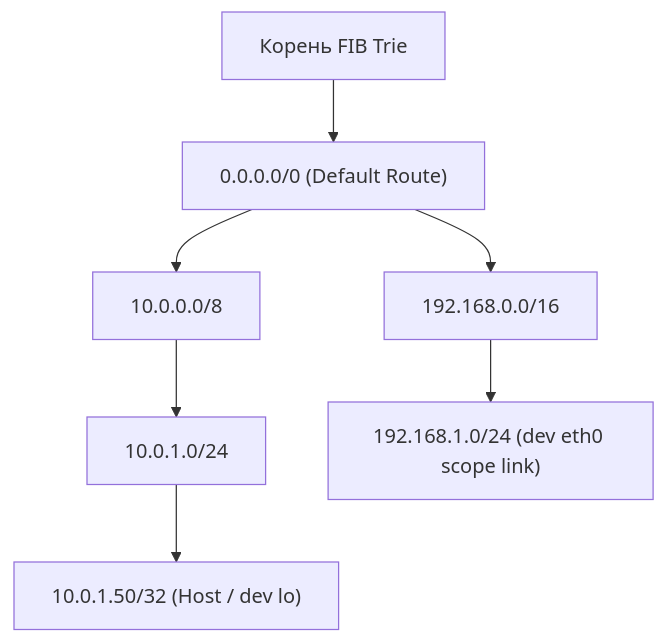
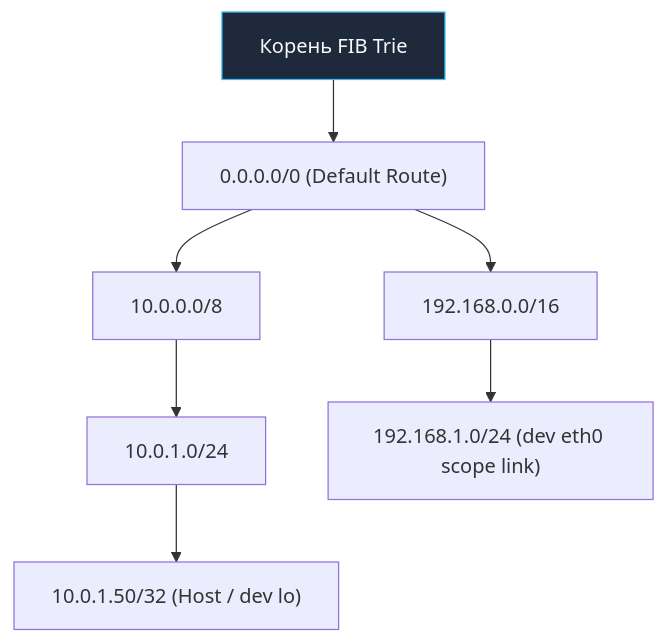
The fourth of 5 diagrams in sources/3. Компьютерные сети и сетевой стек/6. Маршрутизация. Таблица маршрутов, шлюзы и default route.md (UnrealTemplier/go-textbook), drawn with Mermaid before and after one commit. The commit also changed other lines of this file and 1666 other files, not shown here.

First line of the commit message:
feat(mermaid): add semantic color classDef to 1369 colorless flowchart/graph diagrams

````diff
--- a/sources/3. Компьютерные сети и сетевой стек/6. Маршрутизация. Таблица маршрутов, шлюзы и default route.md
+++ b/sources/3. Компьютерные сети и сетевой стек/6. Маршрутизация. Таблица маршрутов, шлюзы и default route.md
@@ -211,9 +241,19 @@
 ```mermaid
 flowchart TD
-    Root["Корень FIB Trie"] --> Node0["0.0.0.0/0 (Default Route)"]
+    classDef process  fill:#1e293b,stroke:#38bdf8,stroke-width:1px,color:#f8fafc
+    classDef success  fill:#064e3b,stroke:#34d399,stroke-width:1px,color:#f8fafc
+    classDef error    fill:#7f1d1d,stroke:#f87171,stroke-width:1px,color:#f8fafc
+    classDef warning  fill:#78350f,stroke:#fbbf24,stroke-width:1px,color:#f8fafc
+    classDef entry    fill:#1e3a5f,stroke:#38bdf8,stroke-width:2px,color:#f8fafc
+    classDef aux      fill:#334155,stroke:#64748b,stroke-width:1px,color:#f8fafc
+    classDef system   fill:#312e81,stroke:#a78bfa,stroke-width:1px,color:#f8fafc
+    classDef data     fill:#132d29,stroke:#2dd4bf,stroke-width:1px,color:#f8fafc
+    classDef network  fill:#881337,stroke:#fb7185,stroke-width:1px,color:#f8fafc
+    classDef accent   fill:#1e1b4b,stroke:#818cf8,stroke-width:1px,color:#f8fafc
+    Root["Корень FIB Trie"]:::process --> Node0["0.0.0.0/0 (Default Route)"]
     Node0 --> Node10["10.0.0.0/8"]
     Node10 --> Node10_0["10.0.1.0/24"]
     Node10_0 --> Leaf10_0_1_50["10.0.1.50/32 (Host / dev lo)"]
     Node0 --> Node192["192.168.0.0/16"]
     Node192 --> Node192_168_1["192.168.1.0/24 (dev eth0 scope link)"]
 ```
````
